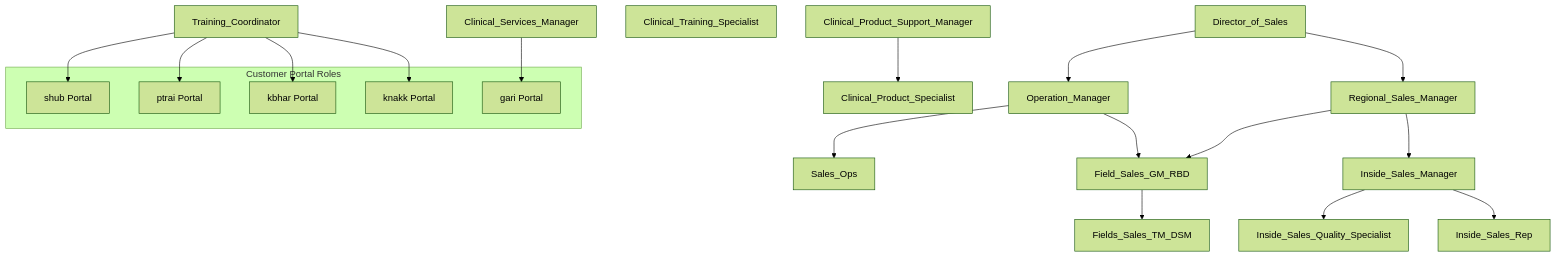
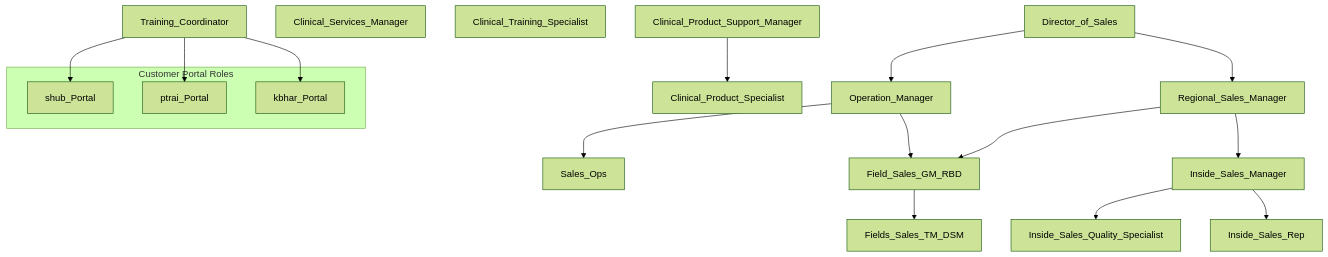
One commit to sbalakrushnanSFDC/Insulet-R1-Sharing-Visibility-Assessment changed the first of 5 diagrams in docs/SHARING_ACCESS_ASSESSMENT.md. Above: the diagram before and after it, drawn with Mermaid (forest theme). The commit also changed other lines of this file, not shown here.

````diff
--- a/docs/SHARING_ACCESS_ASSESSMENT.md
+++ b/docs/SHARING_ACCESS_ASSESSMENT.md
@@ -276,42 +214,35 @@
 ```mermaid
 graph TD
     DoS[Director_of_Sales]
     OM[Operation_Manager]
     RSM[Regional_Sales_Manager]
     SO[Sales_Ops]
     FSGM[Field_Sales_GM_RBD]
     FSTM[Fields_Sales_TM_DSM]
     ISM[Inside_Sales_Manager]
     ISQS[Inside_Sales_Quality_Specialist]
     ISR[Inside_Sales_Rep]
     CSM[Clinical_Services_Manager]
     CTS[Clinical_Training_Specialist]
     TC[Training_Coordinator]
     CPSM[Clinical_Product_Support_Manager]
     CPS[Clinical_Product_Specialist]
-
     DoS --> OM
     DoS --> RSM
     OM --> SO
     OM --> FSGM
     RSM --> FSGM
     RSM --> ISM
     FSGM --> FSTM
     ISM --> ISQS
     ISM --> ISR
     CPSM --> CPS
-
     subgraph Portal_Roles [Customer Portal Roles]
-        CPR1[shub Portal]
-        CPR2[ptrai Portal]
-        CPR3[kbhar Portal]
-        CPR4[knakk Portal]
-        CPR5[gari Portal]
+        CPR1[shub_Portal]
+        CPR2[ptrai_Portal]
+        CPR3[kbhar_Portal]
     end
-
     TC --> CPR1
     TC --> CPR2
     TC --> CPR3
-    TC --> CPR4
-    CSM --> CPR5
 ```
````
